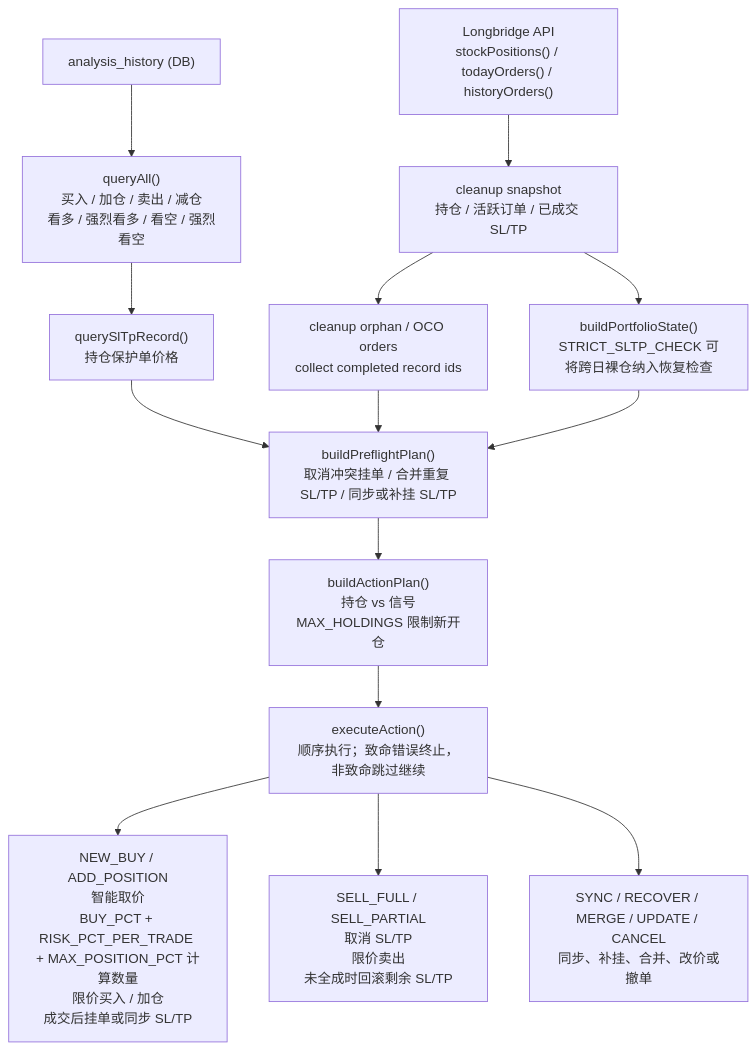
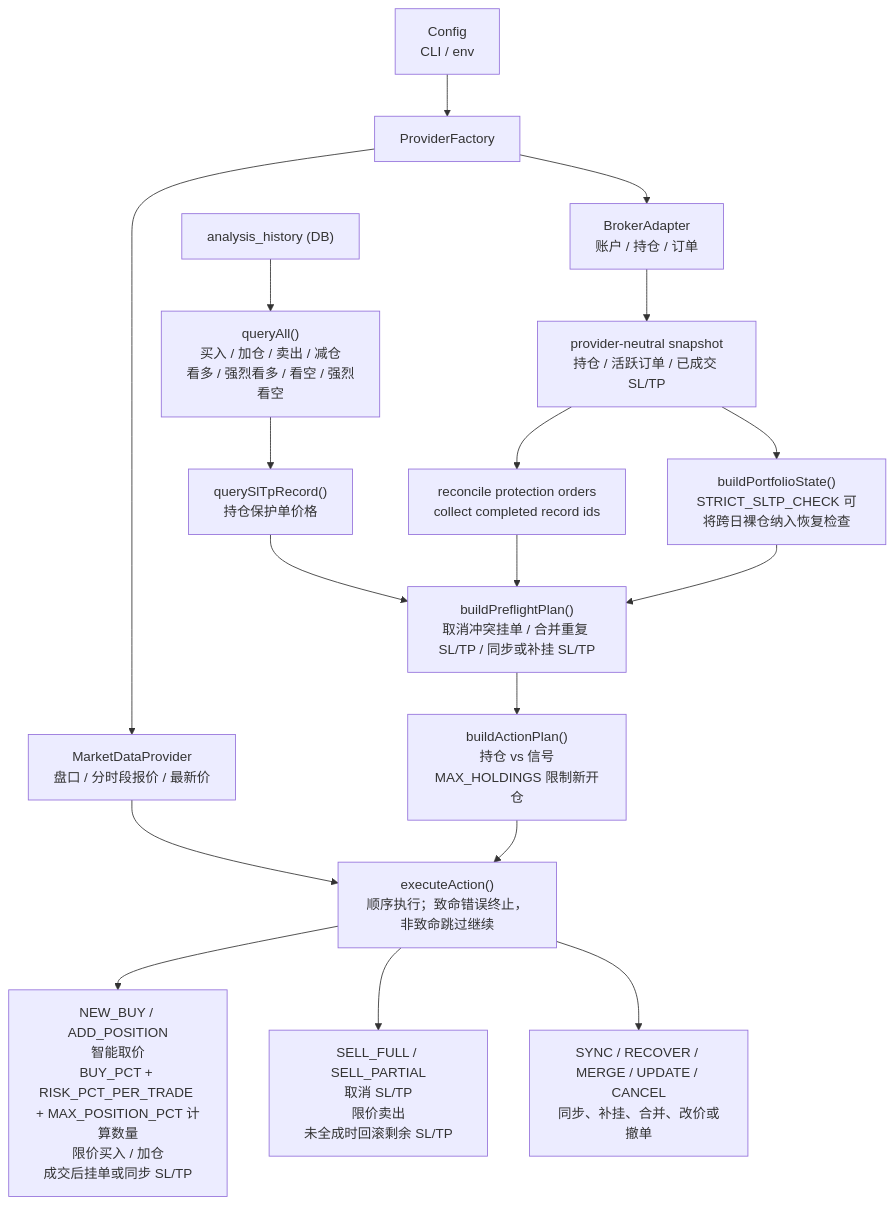
One commit to bowencool/trading-scripts changed the diagram in README.md. Above: the diagram before and after it, drawn with Mermaid. The commit also changed other lines of this file and 8 other files, not shown here.

Commit message:
docs: align provider architecture guidance

````diff
--- a/README.md
+++ b/README.md
@@ -28,19 +28,23 @@
 ```mermaid
 flowchart TD
+  Config["Config<br/>CLI / env"] --> Factory["ProviderFactory"]
+  Factory --> Market["MarketDataProvider<br/>盘口 / 分时段报价 / 最新价"]
+  Factory --> Broker["BrokerAdapter<br/>账户 / 持仓 / 订单"]
   DB["analysis_history (DB)"] --> Signals["queryAll()<br/>买入 / 加仓 / 卖出 / 减仓<br/>看多 / 强烈看多 / 看空 / 强烈看空"]
-  API["Longbridge API<br/>stockPositions() / todayOrders() / historyOrders()"] --> Snapshot["cleanup snapshot<br/>持仓 / 活跃订单 / 已成交 SL/TP"]
+  Market --> Execute
+  Broker --> Snapshot["provider-neutral snapshot<br/>持仓 / 活跃订单 / 已成交 SL/TP"]
 
   Signals --> SlTpRecord["querySlTpRecord()<br/>持仓保护单价格"]
-  Snapshot --> Cleanup["cleanup orphan / OCO orders<br/>collect completed record ids"]
+  Snapshot --> Cleanup["reconcile protection orders<br/>collect completed record ids"]
   Snapshot --> Portfolio["buildPortfolioState()<br/>STRICT_SLTP_CHECK 可将跨日裸仓纳入恢复检查"]
   SlTpRecord --> Preflight["buildPreflightPlan()<br/>取消冲突挂单 / 合并重复 SL/TP / 同步或补挂 SL/TP"]
   Cleanup --> Preflight
   Portfolio --> Preflight
 
   Preflight --> ActionPlan["buildActionPlan()<br/>持仓 vs 信号<br/>MAX_HOLDINGS 限制新开仓"]
   ActionPlan --> Execute["executeAction()<br/>顺序执行；致命错误终止，非致命跳过继续"]
 
   Execute --> Buy["NEW_BUY / ADD_POSITION<br/>智能取价<br/>BUY_PCT + RISK_PCT_PER_TRADE + MAX_POSITION_PCT 计算数量<br/>限价买入 / 加仓<br/>成交后挂单或同步 SL/TP"]
   Execute --> Sell["SELL_FULL / SELL_PARTIAL<br/>取消 SL/TP<br/>限价卖出<br/>未全成时回滚剩余 SL/TP"]
   Execute --> Maintenance["SYNC / RECOVER / MERGE / UPDATE / CANCEL<br/>同步、补挂、合并、改价或撤单"]
 ```
````
